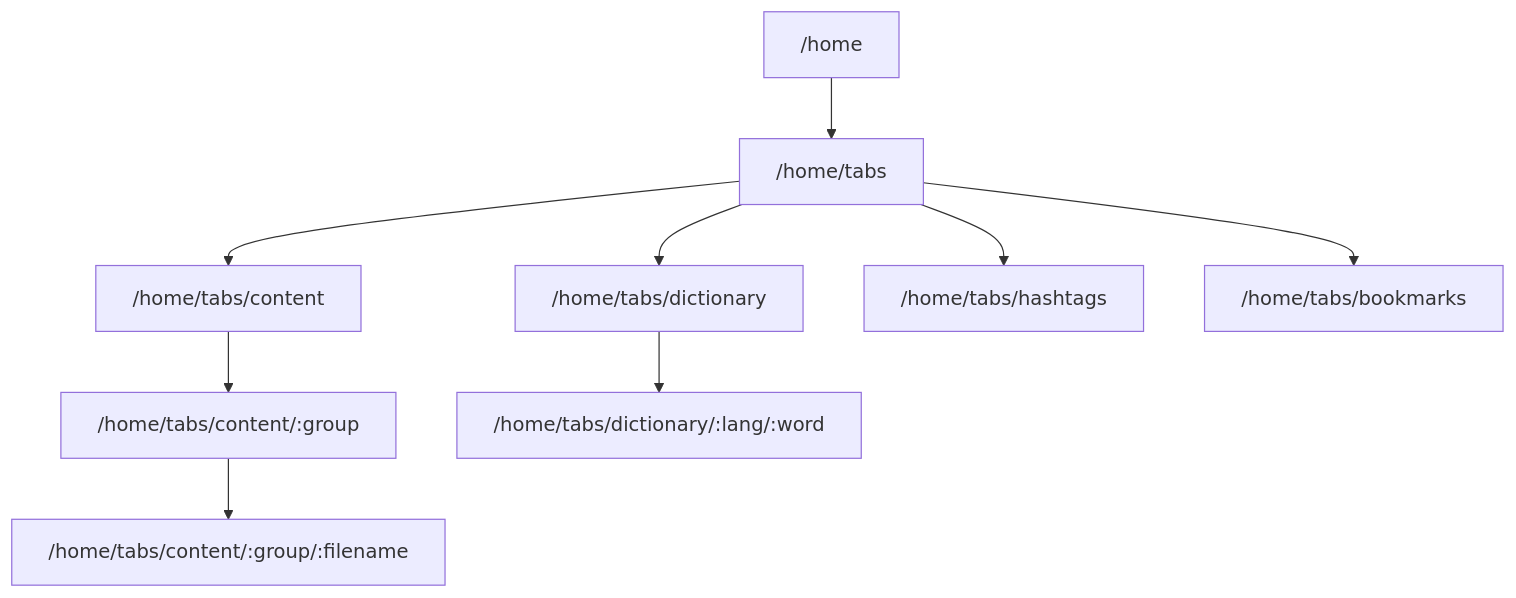
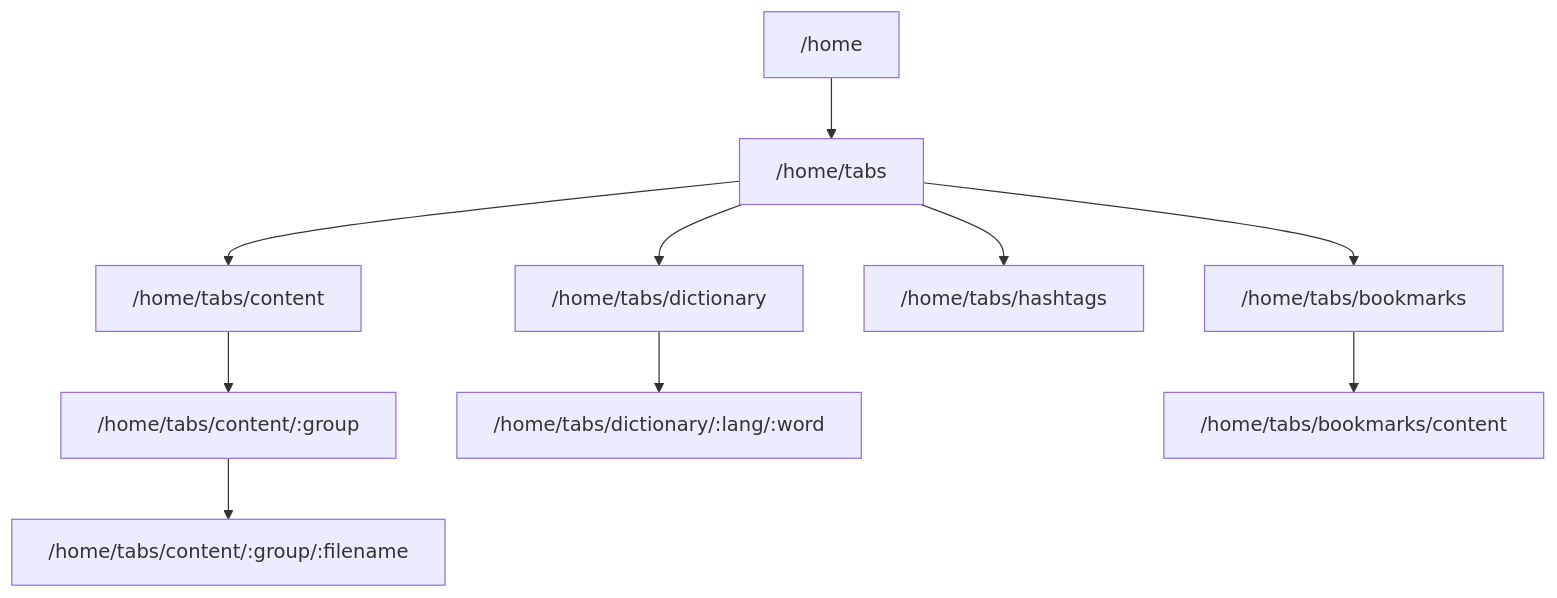
Before and after one commit to remarcmij/taalwiz-mono: the third of 18 diagrams in apps/web/ARCHITECTURE.md, drawn with Mermaid. The commit also changed other lines of this file and 6 other files, not shown here.

First line of the commit message:
docs(srs): retire the wordlist tool, refresh help + architecture

````diff
--- a/apps/web/ARCHITECTURE.md
+++ b/apps/web/ARCHITECTURE.md
@@ -186,14 +196,15 @@
 ```mermaid
 flowchart TD
     home_r["/home"] --> tabs["/home/tabs"]
 
     tabs --> content_tab["/home/tabs/content"]
     content_tab --> publication["/home/tabs/content/:group"]
     publication --> article["/home/tabs/content/:group/:filename"]
 
     tabs --> dict_tab["/home/tabs/dictionary"]
     dict_tab --> lemma["/home/tabs/dictionary/:lang/:word"]
 
     tabs --> hashtags_tab["/home/tabs/hashtags"]
     tabs --> vocabulary_tab["/home/tabs/bookmarks"]
+    vocabulary_tab --> deck_content["/home/tabs/bookmarks/content"]
 ```
````
